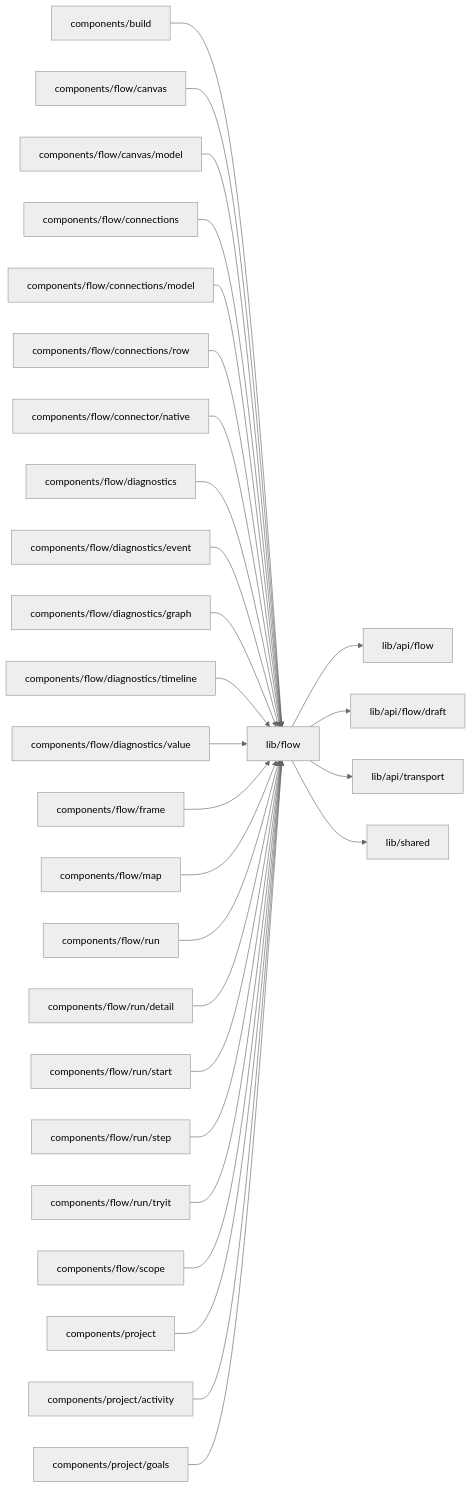
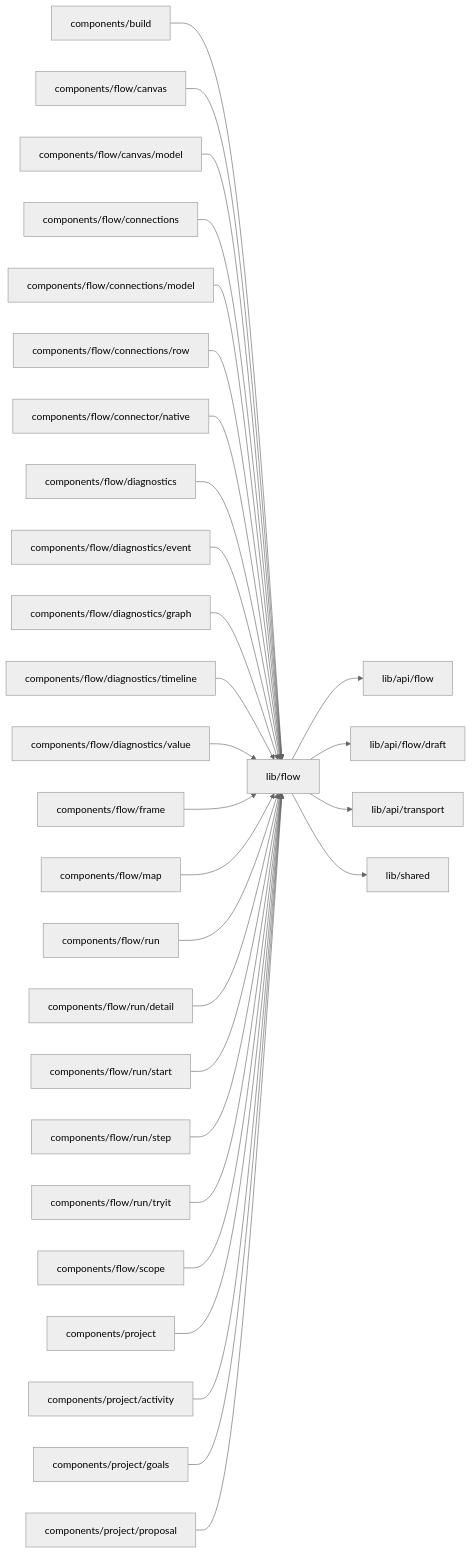
Before and after one commit to superdurable/superverse: the diagram in web/studio/lib/flow/README.md, drawn with Mermaid (neutral theme). The commit also changed other lines of this file and 226 other files, not shown here.

````diff
--- a/web/studio/lib/flow/README.md
+++ b/web/studio/lib/flow/README.md
@@ -10,31 +10,32 @@
 ```mermaid
 flowchart LR
   self["lib/flow"]
   c0["components/build"] --> self
   c1["components/flow/canvas"] --> self
   c2["components/flow/canvas/model"] --> self
   c3["components/flow/connections"] --> self
   c4["components/flow/connections/model"] --> self
   c5["components/flow/connections/row"] --> self
   c6["components/flow/connector/native"] --> self
   c7["components/flow/diagnostics"] --> self
   c8["components/flow/diagnostics/event"] --> self
   c9["components/flow/diagnostics/graph"] --> self
   c10["components/flow/diagnostics/timeline"] --> self
   c11["components/flow/diagnostics/value"] --> self
   c12["components/flow/frame"] --> self
   c13["components/flow/map"] --> self
   c14["components/flow/run"] --> self
   c15["components/flow/run/detail"] --> self
   c16["components/flow/run/start"] --> self
   c17["components/flow/run/step"] --> self
   c18["components/flow/run/tryit"] --> self
   c19["components/flow/scope"] --> self
   c20["components/project"] --> self
   c21["components/project/activity"] --> self
   c22["components/project/goals"] --> self
+  c23["components/project/proposal"] --> self
   self --> d0["lib/api/flow"]
   self --> d1["lib/api/flow/draft"]
   self --> d2["lib/api/transport"]
   self --> d3["lib/shared"]
 ```
````
